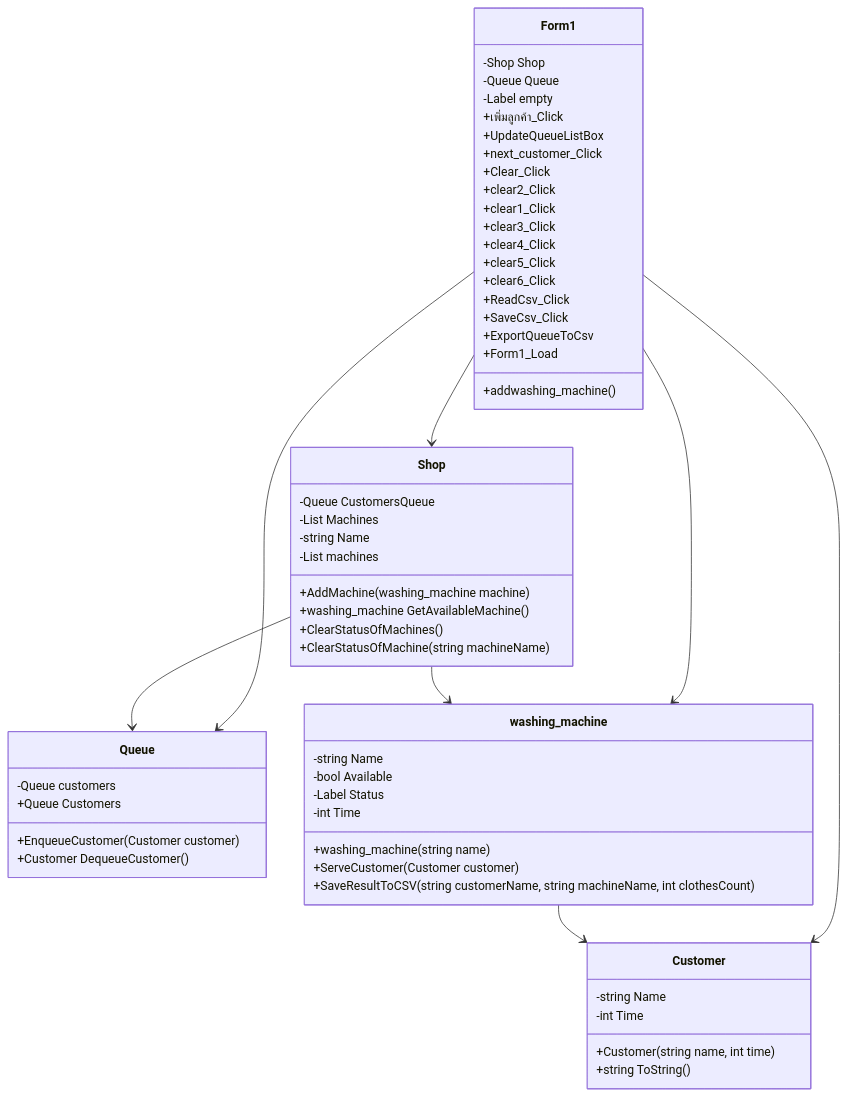
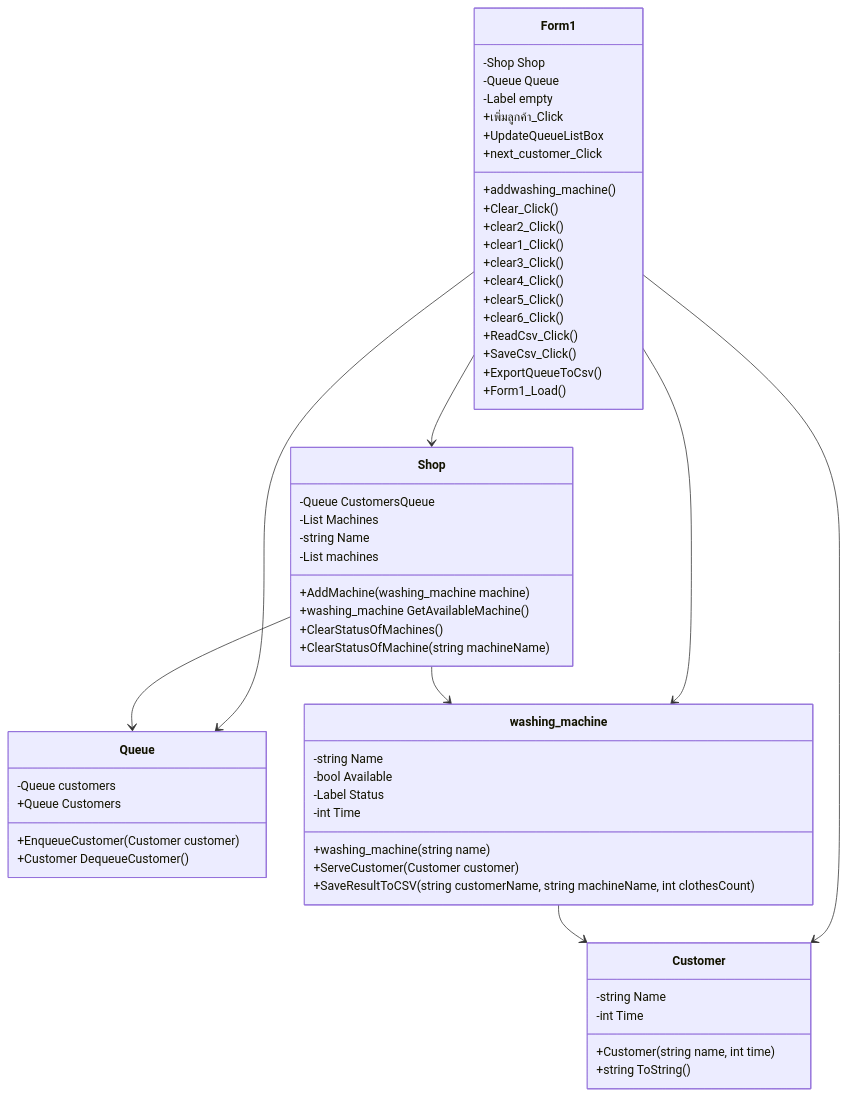
Before and after one commit to Luxkxyz/Project1: the diagram in README.md, drawn with Mermaid.

````diff
--- a/README.md
+++ b/README.md
@@ -40,71 +40,71 @@
 ```mermaid
 classDiagram
     class Form1 {
         -Shop Shop
         -Queue Queue
         -Label empty
         +เพิ่มลูกค้า_Click
         +UpdateQueueListBox
         +addwashing_machine()
         +next_customer_Click
-        +Clear_Click
-        +clear2_Click
-        +clear1_Click
-        +clear3_Click
-        +clear4_Click
-        +clear5_Click
-        +clear6_Click
-        +ReadCsv_Click
-        +SaveCsv_Click
-        +ExportQueueToCsv
-        +Form1_Load
+        +Clear_Click()
+        +clear2_Click()
+        +clear1_Click()
+        +clear3_Click()
+        +clear4_Click()
+        +clear5_Click()
+        +clear6_Click()
+        +ReadCsv_Click()
+        +SaveCsv_Click()
+        +ExportQueueToCsv()
+        +Form1_Load()
     }
 
     class Customer {
         -string Name
         -int Time
         +Customer(string name, int time)
         +string ToString()
     }
 
     class Queue {
         -Queue<Customer> customers
         +EnqueueCustomer(Customer customer)
         +Customer DequeueCustomer()
         +Queue<Customer> Customers
     }
 
     class washing_machine {
         -string Name
         -bool Available
         -Label Status
         -int Time
         +washing_machine(string name)
         +ServeCustomer(Customer customer)
         +SaveResultToCSV(string customerName, string machineName, int clothesCount)
     }
 
     class Shop {
         -Queue<Customer> CustomersQueue
         -List<washing_machine> Machines
         -string Name
         -List<washing_machine> machines
         +AddMachine(washing_machine machine)
         +washing_machine GetAvailableMachine()
         +ClearStatusOfMachines()
         +ClearStatusOfMachine(string machineName)
     }
 
  
 
     
 
     Form1 --> Shop
     Form1 --> Queue
     Form1 --> Customer
     Form1 --> washing_machine
     Shop --> Queue
     Shop --> washing_machine
     washing_machine --> Customer
     
 ```
````
